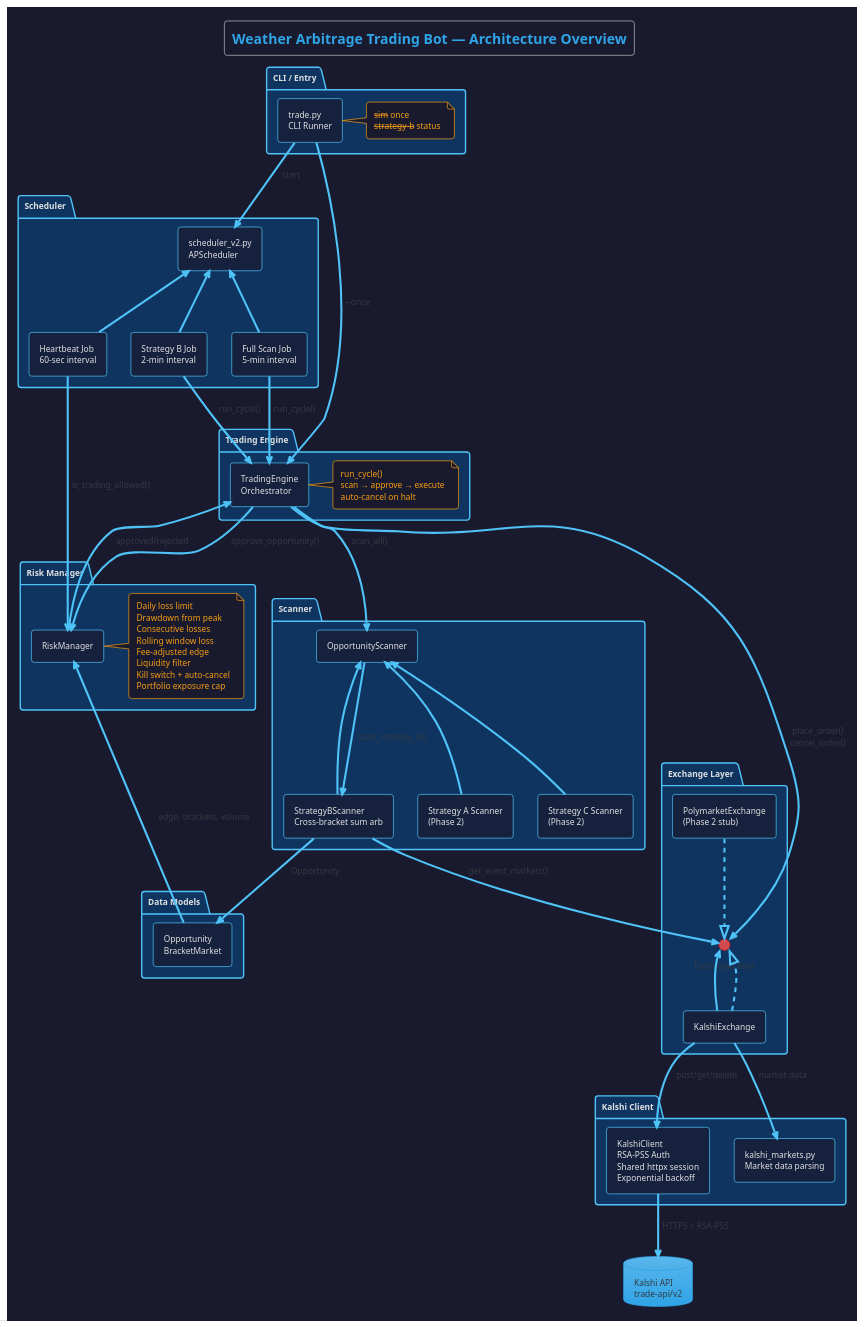
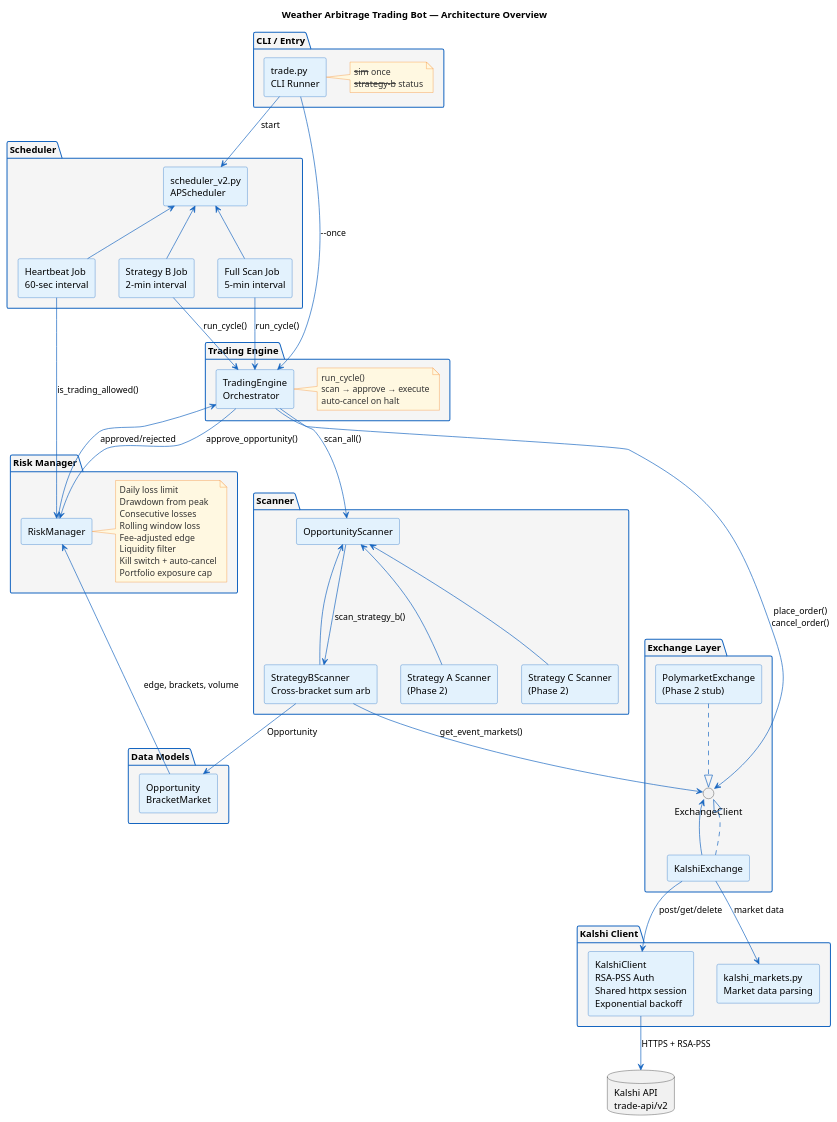
The diagram in code/python/kalshi-trading-bot/docs/diagrams/architecture-overview.puml (xueyouchao/hermes-agents-wiki), drawn with PlantUML before and after one commit. The commit also changed 5 other files, not shown here.

Commit message:
docs: White background + black text for PlantUML diagrams

```diff
--- a/code/python/kalshi-trading-bot/docs/diagrams/architecture-overview.puml
+++ b/code/python/kalshi-trading-bot/docs/diagrams/architecture-overview.puml
@@ -1,96 +1,95 @@
 @startuml architecture-overview
-!theme cerulean
 skinparam componentStyle rectangle
-skinparam backgroundColor #1a1a2e
-skinparam fontColor #e0e0e0
-skinparam arrowColor #4fc3f7
-skinparam componentBackgroundColor #16213e
-skinparam componentBorderColor #4fc3f7
-skinparam componentFontColor #e0e0e0
-skinparam packageBackgroundColor #0f3460
-skinparam packageBorderColor #4fc3f7
-skinparam packageFontColor #e0e0e0
-skinparam noteBackgroundColor #1a1a2e
-skinparam noteBorderColor #f39c12
-skinparam noteFontColor #f39c12
+skinparam backgroundColor white
+skinparam fontColor black
+skinparam arrowColor #1565c0
+skinparam componentBackgroundColor #e3f2fd
+skinparam componentBorderColor #1565c0
+skinparam componentFontColor black
+skinparam packageBackgroundColor #f5f5f5
+skinparam packageBorderColor #1565c0
+skinparam packageFontColor black
+skinparam noteBackgroundColor #fff8e1
+skinparam noteBorderColor #f57f17
+skinparam noteFontColor #333333
 
 title Weather Arbitrage Trading Bot — Architecture Overview
 
 package "CLI / Entry" as cli {
     component [trade.py\nCLI Runner] as trade
     note right of trade : --sim --once\n--strategy-b --status
 }
 
 package "Scheduler" as sched {
     component [scheduler_v2.py\nAPScheduler] as scheduler
     component [Strategy B Job\n2-min interval] as job_b
     component [Full Scan Job\n5-min interval] as job_full
     component [Heartbeat Job\n60-sec interval] as job_hb
     scheduler <-- job_b
     scheduler <-- job_full
     scheduler <-- job_hb
 }
 
 package "Trading Engine" as engine_pkg {
     component [TradingEngine\nOrchestrator] as engine
     note right of engine : run_cycle()\nscan → approve → execute\nauto-cancel on halt
 }
 
 package "Scanner" as scanner_pkg {
     component [OpportunityScanner] as opp_scanner
     component [StrategyBScanner\nCross-bracket sum arb] as strat_b
     component [Strategy A Scanner\n(Phase 2)] as strat_a
     component [Strategy C Scanner\n(Phase 2)] as strat_c
     opp_scanner <-- strat_b
     opp_scanner <-- strat_a
     opp_scanner <-- strat_c
 }
 
 package "Risk Manager" as risk_pkg {
     component [RiskManager] as risk
     note right of risk : Daily loss limit\nDrawdown from peak\nConsecutive losses\nRolling window loss\nFee-adjusted edge\nLiquidity filter\nKill switch + auto-cancel\nPortfolio exposure cap
 }
 
 package "Exchange Layer" as exchange_pkg {
     interface ExchangeClient as api
     component [KalshiExchange] as kalshi
     component [PolymarketExchange\n(Phase 2 stub)] as polymarket
     kalshi ..|> api
     polymarket ..|> api
 }
 
 package "Kalshi Client" as kalshi_pkg {
     component [KalshiClient\nRSA-PSS Auth\nShared httpx session\nExponential backoff] as client
     component [kalshi_markets.py\nMarket data parsing] as markets
 }
 
 package "Data Models" as data_pkg {
     component [Opportunity\nBracketMarket] as models
 }
 
 database "Kalshi API\ntrade-api/v2" as kalshi_api
 
 trade --> scheduler : start
 trade --> engine : --once
 job_b --> engine : run_cycle()
 job_full --> engine : run_cycle()
 job_hb --> risk : is_trading_allowed()
 
 engine --> opp_scanner : scan_all()
 engine --> risk : approve_opportunity()
 engine --> api : place_order()\ncancel_order()
 
 opp_scanner --> strat_b : scan_strategy_b()
 strat_b --> api : get_event_markets()
 strat_b --> models : Opportunity
 
 risk <-- models : edge, brackets, volume
 risk --> engine : approved/rejected
 
 kalshi --> client : post/get/delete
 kalshi --> markets : market data
 client --> kalshi_api : HTTPS + RSA-PSS
 
 api <-- kalshi
 
 @enduml
```
